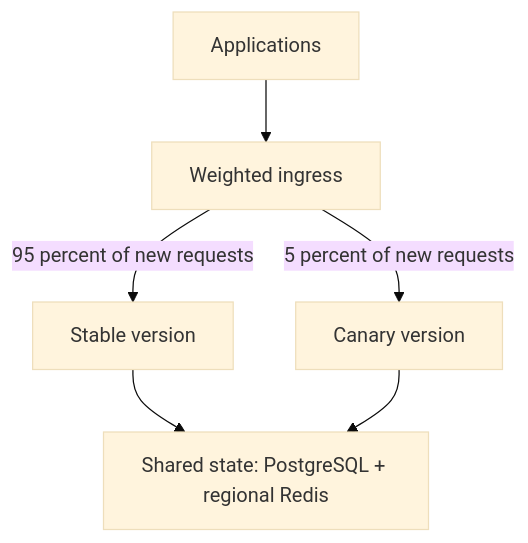
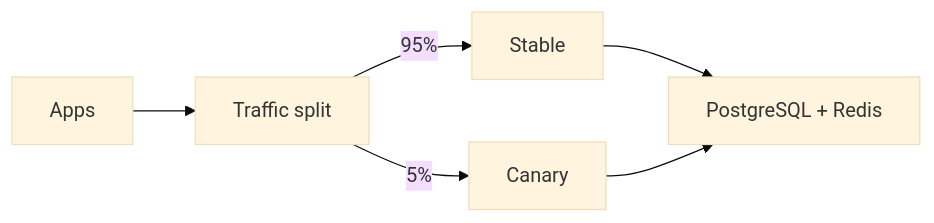
Before and after one commit to BerriAI/litellm-docs: the diagram in docs/proxy/deploy/ha/canary.md, drawn with Mermaid (base theme). The commit also changed 12 other files, not shown here.

Commit message:
docs: compact architecture diagrams for laptop viewing

````diff
--- a/docs/proxy/deploy/ha/canary.md
+++ b/docs/proxy/deploy/ha/canary.md
@@ -13,8 +13,8 @@
 ```mermaid
-flowchart TB
-    Clients[Applications] --> Ingress[Weighted ingress]
-    Ingress -->|95 percent of new requests| Stable[Stable version]
-    Ingress -->|5 percent of new requests| Canary[Canary version]
-    Stable --> State[Shared state: PostgreSQL + regional Redis]
+flowchart LR
+    Clients[Apps] --> Ingress[Traffic split]
+    Ingress -->|95%| Stable[Stable]
+    Ingress -->|5%| Canary[Canary]
+    Stable --> State[PostgreSQL + Redis]
     Canary --> State
 ```
````
